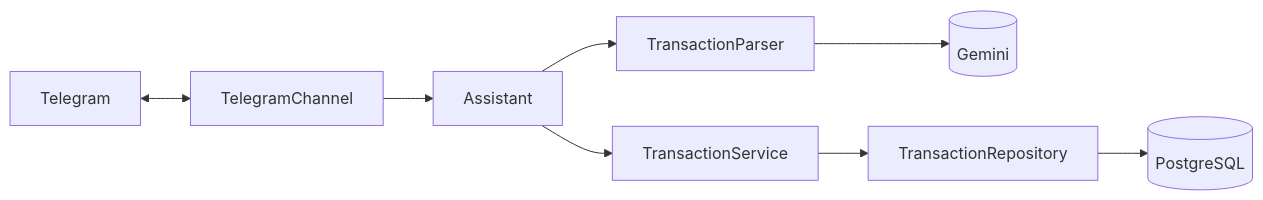
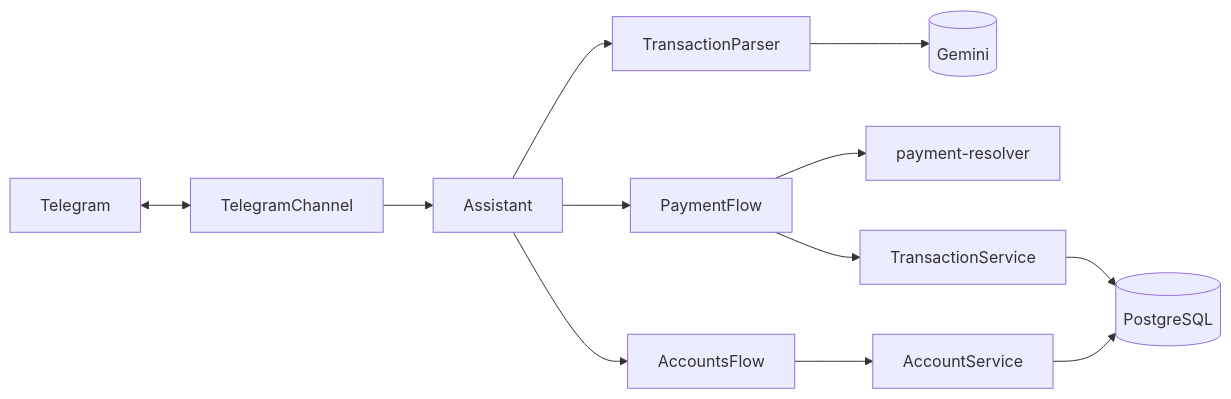
Before and after one commit to ViniKnuivers/bot-financeiro: the diagram in README.md, drawn with Mermaid. The commit also changed other lines of this file and 2 other files, not shown here.

````diff
--- a/README.md
+++ b/README.md
@@ -201,10 +333,14 @@
 ```mermaid
 flowchart LR
     TG[Telegram] <--> CH[TelegramChannel]
     CH --> AS[Assistant]
+    AS --> AF[AccountsFlow]
+    AS --> PF[PaymentFlow]
     AS --> PA[TransactionParser]
     PA --> GE[(Gemini)]
-    AS --> SV[TransactionService]
-    SV --> RE[TransactionRepository]
-    RE --> DB[(PostgreSQL)]
+    PF --> PR[payment-resolver]
+    PF --> SV[TransactionService]
+    AF --> AC[AccountService]
+    SV --> DB[(PostgreSQL)]
+    AC --> DB
 ```
````
